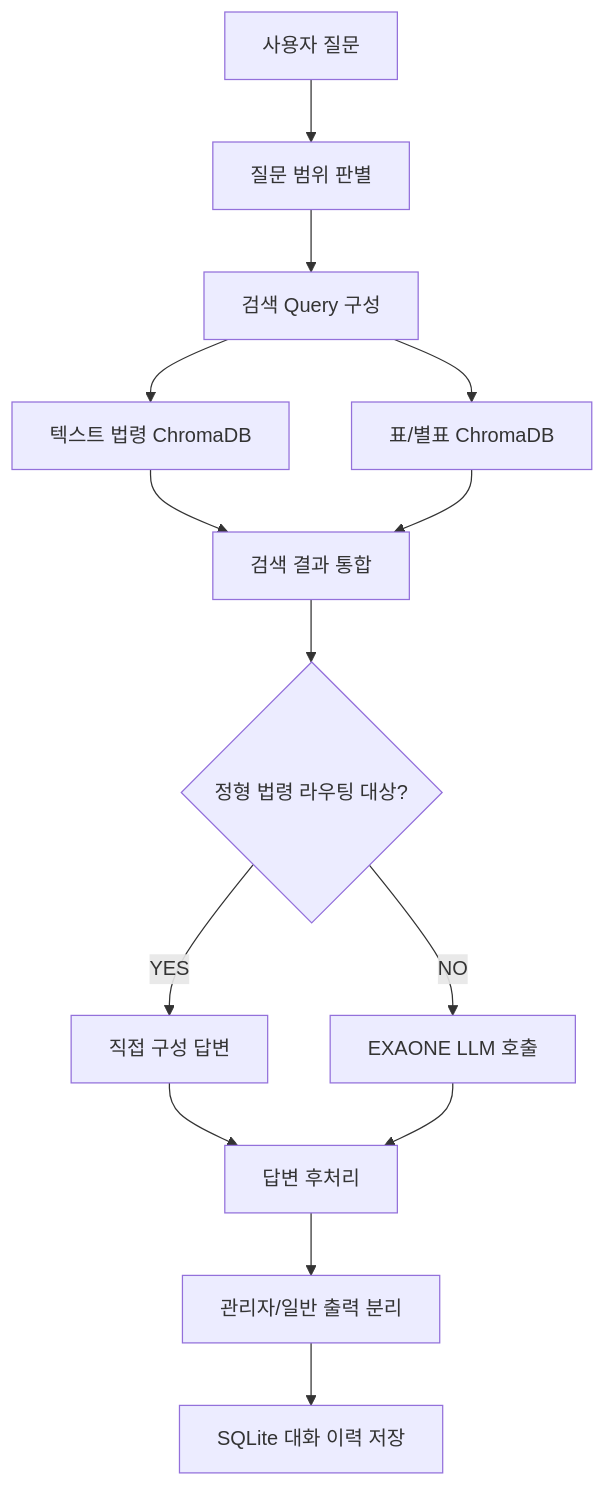
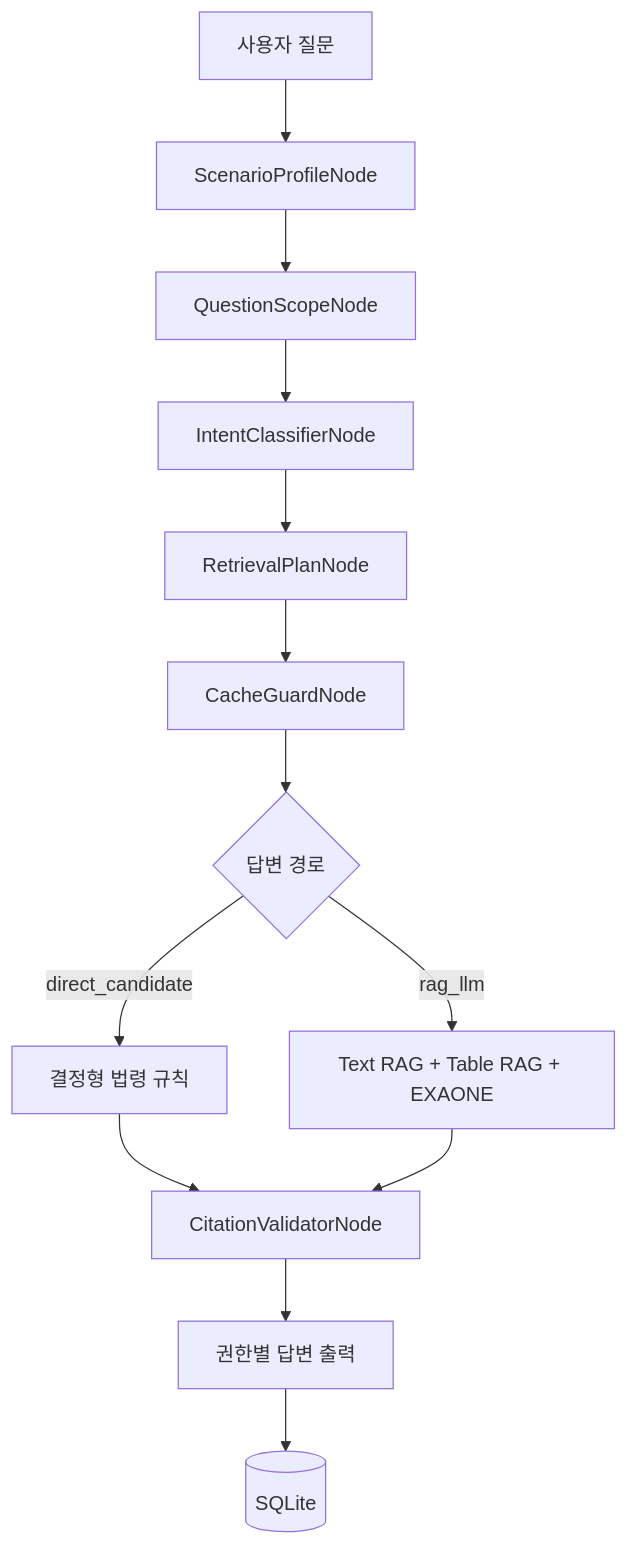
The diagram in PORTFOLIO.md (kwsahe/k-safety-law-rag), drawn with Mermaid before and after one commit. The commit also changed other lines of this file and 2 other files, not shown here.

````diff
--- a/PORTFOLIO.md
+++ b/PORTFOLIO.md
@@ -138,16 +80,15 @@
 ```mermaid
 flowchart TD
-    A["사용자 질문"] --> B["질문 범위 판별"]
-    B --> C["검색 Query 구성"]
-    C --> D["텍스트 법령 ChromaDB"]
-    C --> E["표/별표 ChromaDB"]
-    D --> F["검색 결과 통합"]
-    E --> F
-    F --> G{"정형 법령 라우팅 대상?"}
-    G -->|"YES"| H["직접 구성 답변"]
-    G -->|"NO"| I["EXAONE LLM 호출"]
-    H --> J["답변 후처리"]
-    I --> J
-    J --> K["관리자/일반 출력 분리"]
-    K --> L["SQLite 대화 이력 저장"]
+    U[사용자 질문] --> P[ScenarioProfileNode]
+    P --> S[QuestionScopeNode]
+    S --> I[IntentClassifierNode]
+    I --> R[RetrievalPlanNode]
+    R --> G[CacheGuardNode]
+    G --> D{답변 경로}
+    D -->|direct_candidate| L[결정형 법령 규칙]
+    D -->|rag_llm| X[Text RAG + Table RAG + EXAONE]
+    L --> C[CitationValidatorNode]
+    X --> C
+    C --> O[권한별 답변 출력]
+    O --> DB[(SQLite)]
 ```
````
